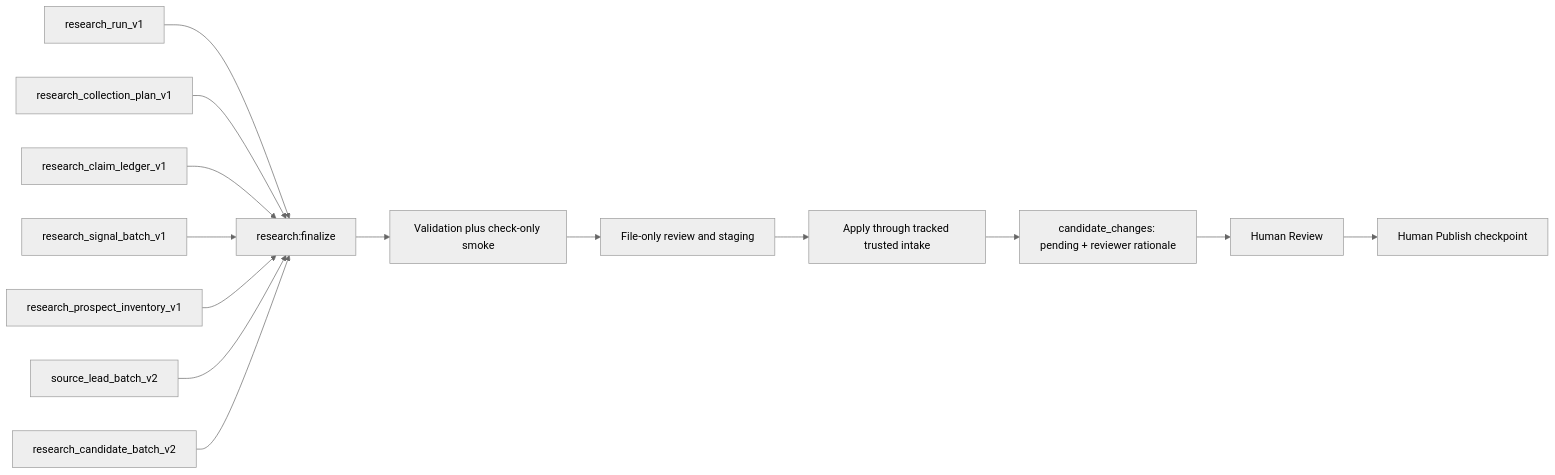
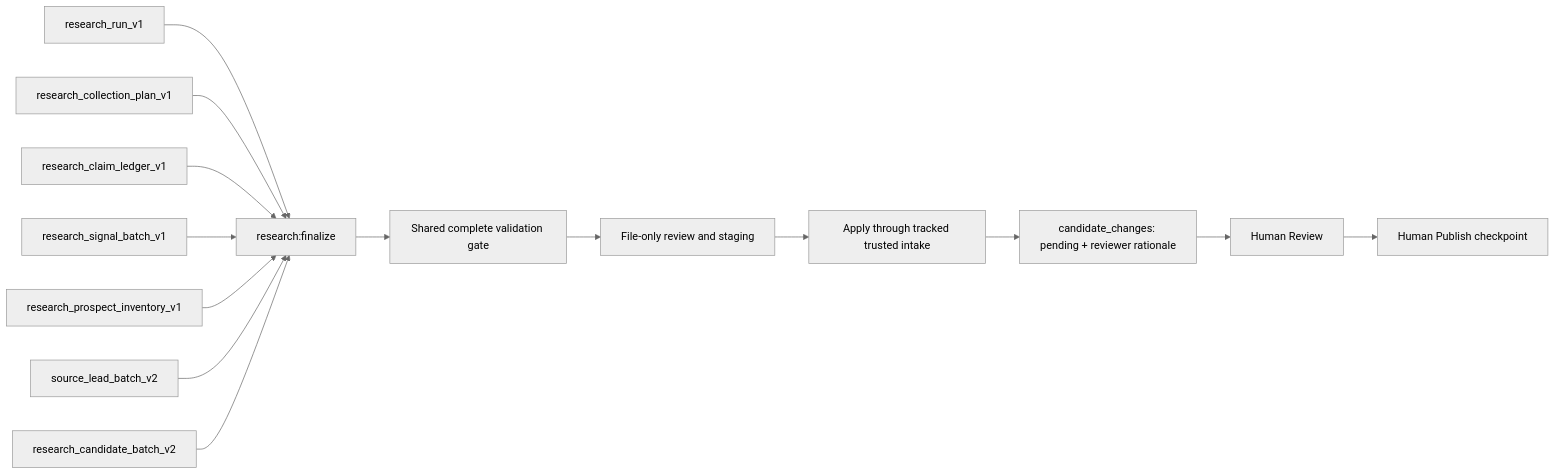
The fourth of 6 diagrams in context/governance/Autonomous Ecosystem Research Pipeline.md (AndDavies/ecosystem_intelligence), drawn with Mermaid (neutral theme) before and after one commit. The commit also changed other lines of this file and 40 other files, not shown here.

````diff
--- a/context/governance/Autonomous Ecosystem Research Pipeline.md
+++ b/context/governance/Autonomous Ecosystem Research Pipeline.md
@@ -165,16 +176,16 @@
 ```mermaid
 flowchart LR
   R["research_run_v1"] --> V["research:finalize"]
   CP["research_collection_plan_v1"] --> V
   CL["research_claim_ledger_v1"] --> V
   S["research_signal_batch_v1"] --> V
   P["research_prospect_inventory_v1"] --> V
   L["source_lead_batch_v2"] --> V
   C["research_candidate_batch_v2"] --> V
-  V --> CK["Validation plus check-only smoke"]
+  V --> CK["Shared complete validation gate"]
   CK --> RP["File-only review and staging"]
   RP --> TI["Apply through tracked trusted intake"]
   TI --> CR["candidate_changes: pending + reviewer rationale"]
   CR --> HR["Human Review"]
   HR --> PC["Human Publish checkpoint"]
 ```
````
